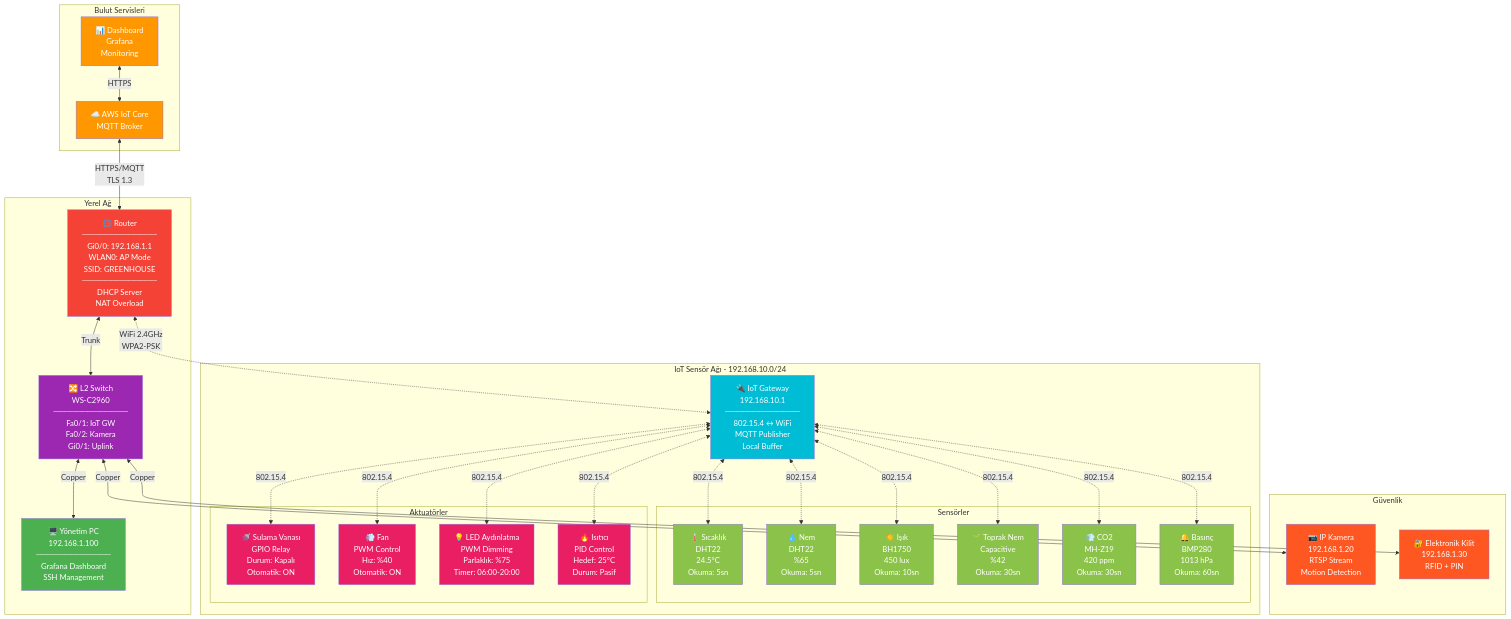
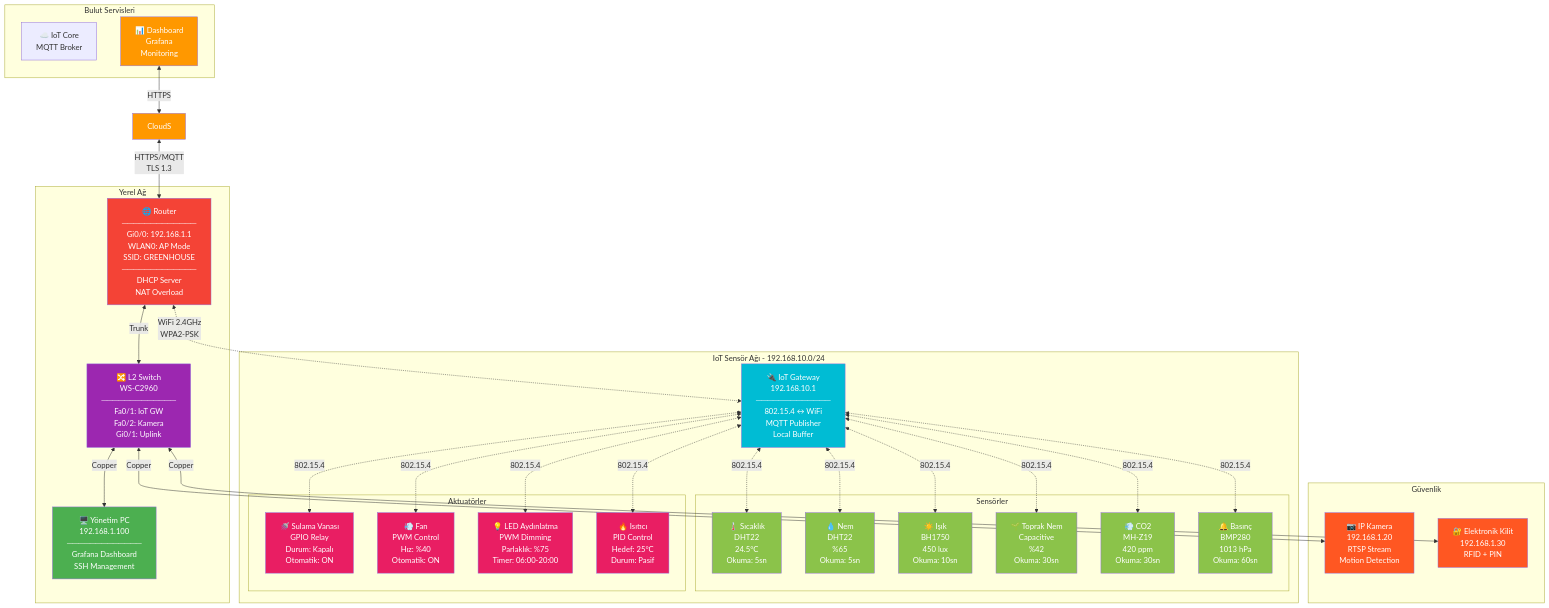
Before and after one commit to tbagriyanik/NetworkSim2026: the sixth of 6 diagrams in examples/network-topology-visuals.md, drawn with Mermaid. The commit also changed 4 other files, not shown here.

````diff
--- a/examples/network-topology-visuals.md
+++ b/examples/network-topology-visuals.md
@@ -405,81 +405,81 @@
 ```mermaid
 graph TB
     subgraph "Bulut Servisleri"
-        AWS["☁️ AWS IoT Core<br/>MQTT Broker"]
+        Cloud["☁️ IoT Core<br/>MQTT Broker"]
         DASH["📊 Dashboard<br/>Grafana<br/>Monitoring"]
     end
 
     subgraph "Yerel Ağ"
         ROUTER["🌐 Router<br/>─────────────<br/>Gi0/0: 192.168.1.1<br/>WLAN0: AP Mode<br/>SSID: GREENHOUSE<br/>─────────────<br/>DHCP Server<br/>NAT Overload"]
 
         SWITCH["🔀 L2 Switch<br/>WS-C2960<br/>─────────────<br/>Fa0/1: IoT GW<br/>Fa0/2: Kamera<br/>Gi0/1: Uplink"]
 
         PC["🖥️ Yönetim PC<br/>192.168.1.100<br/>─────────────<br/>Grafana Dashboard<br/>SSH Management"]
     end
 
     subgraph "IoT Sensör Ağı - 192.168.10.0/24"
         IOT_GW["🔌 IoT Gateway<br/>192.168.10.1<br/>─────────────<br/>802.15.4 ↔ WiFi<br/>MQTT Publisher<br/>Local Buffer"]
 
         subgraph "Sensörler"
             S1["🌡️ Sıcaklık<br/>DHT22<br/>24.5°C<br/>Okuma: 5sn"]
             S2["💧 Nem<br/>DHT22<br/>%65<br/>Okuma: 5sn"]
             S3["☀️ Işık<br/>BH1750<br/>450 lux<br/>Okuma: 10sn"]
             S4["🌱 Toprak Nem<br/>Capacitive<br/>%42<br/>Okuma: 30sn"]
             S5["💨 CO2<br/>MH-Z19<br/>420 ppm<br/>Okuma: 30sn"]
             S6["🔔 Basınç<br/>BMP280<br/>1013 hPa<br/>Okuma: 60sn"]
         end
 
         subgraph "Aktuatörler"
             A1["🚿 Sulama Vanası<br/>GPIO Relay<br/>Durum: Kapalı<br/>Otomatik: ON"]
             A2["💨 Fan<br/>PWM Control<br/>Hız: %40<br/>Otomatik: ON"]
             A3["💡 LED Aydınlatma<br/>PWM Dimming<br/>Parlaklık: %75<br/>Timer: 06:00-20:00"]
             A4["🔥 Isıtıcı<br/>PID Control<br/>Hedef: 25°C<br/>Durum: Pasif"]
         end
     end
 
     subgraph "Güvenlik"
         CAM["📷 IP Kamera<br/>192.168.1.20<br/>RTSP Stream<br/>Motion Detection"]
         LOCK["🔐 Elektronik Kilit<br/>192.168.1.30<br/>RFID + PIN"]
     end
 
-    AWS <-->|"HTTPS/MQTT<br/>TLS 1.3"| ROUTER
-    DASH <-->|"HTTPS"| AWS
+    CloudS <-->|"HTTPS/MQTT<br/>TLS 1.3"| ROUTER
+    DASH <-->|"HTTPS"| CloudS
 
     ROUTER <-->|"Trunk"| SWITCH
     SWITCH <-->|"Copper"| PC
     SWITCH <-->|"Copper"| CAM
     SWITCH <-->|"Copper"| LOCK
 
     ROUTER <-.->|"WiFi 2.4GHz<br/>WPA2-PSK"| IOT_GW
 
     IOT_GW <-.->|"802.15.4"| S1
     IOT_GW <-.->|"802.15.4"| S2
     IOT_GW <-.->|"802.15.4"| S3
     IOT_GW <-.->|"802.15.4"| S4
     IOT_GW <-.->|"802.15.4"| S5
     IOT_GW <-.->|"802.15.4"| S6
 
     IOT_GW <-.->|"802.15.4"| A1
     IOT_GW <-.->|"802.15.4"| A2
     IOT_GW <-.->|"802.15.4"| A3
     IOT_GW <-.->|"802.15.4"| A4
 
-    style AWS fill:#FF9800,color:#fff
+    style CloudS fill:#FF9800,color:#fff
     style DASH fill:#FF9800,color:#fff
     style ROUTER fill:#F44336,color:#fff
     style SWITCH fill:#9C27B0,color:#fff
     style PC fill:#4CAF50,color:#fff
     style IOT_GW fill:#00BCD4,color:#fff
     style S1 fill:#8BC34A,color:#fff
     style S2 fill:#8BC34A,color:#fff
     style S3 fill:#8BC34A,color:#fff
     style S4 fill:#8BC34A,color:#fff
     style S5 fill:#8BC34A,color:#fff
     style S6 fill:#8BC34A,color:#fff
     style A1 fill:#E91E63,color:#fff
     style A2 fill:#E91E63,color:#fff
     style A3 fill:#E91E63,color:#fff
     style A4 fill:#E91E63,color:#fff
     style CAM fill:#FF5722,color:#fff
     style LOCK fill:#FF5722,color:#fff
 ```
````
